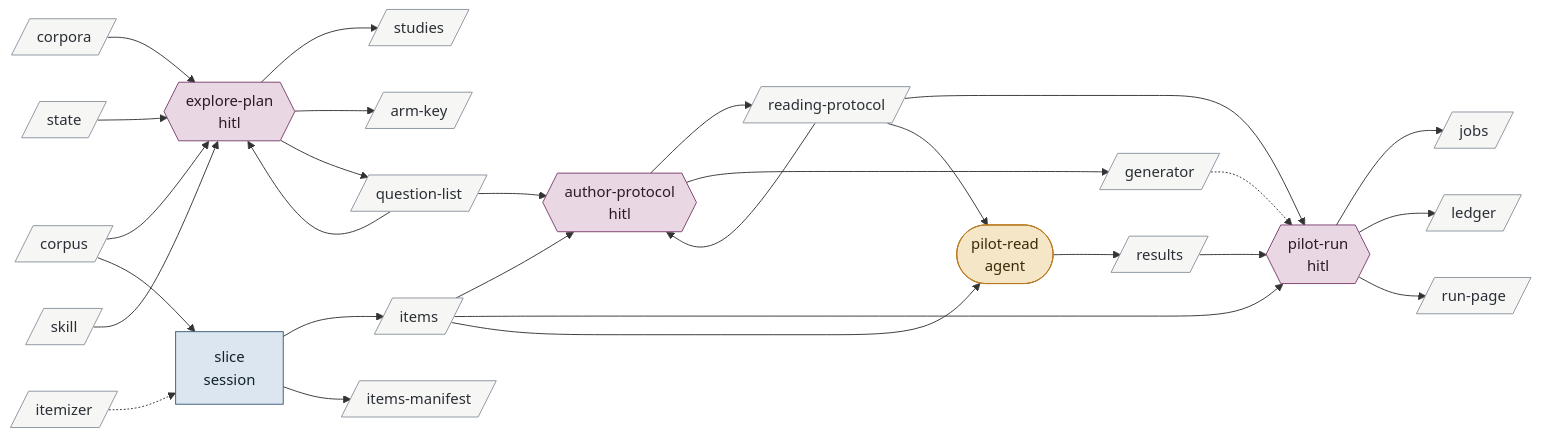
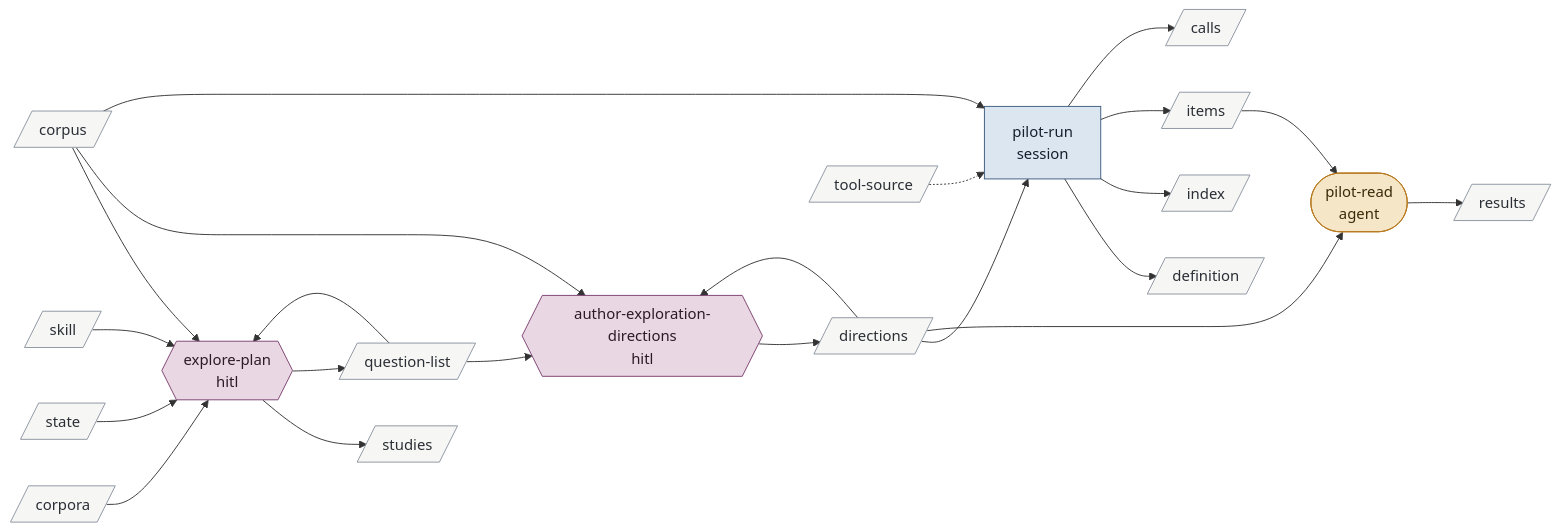
Before and after one commit to bc414/StoryPlanner: diagram 12 of 15 in .claude/skills/v3-buildout-2/map.md, drawn with Mermaid. The commit also changed other lines of this file and 29 other files, not shown here.

````diff
--- a/.claude/skills/v3-buildout-2/map.md
+++ b/.claude/skills/v3-buildout-2/map.md
@@ -520,58 +487,48 @@
 ```mermaid
 flowchart LR
   classDef hitl fill:#e9d8e4,stroke:#7a3e6d,color:#2b1a27
   classDef session fill:#dce6f0,stroke:#3b5b7c,color:#14202c
   classDef agent fill:#f5e6c8,stroke:#b7791f,color:#3a2a08
   classDef artifact fill:#f6f6f4,stroke:#8a94a0,color:#2a2f36
   classDef activity fill:#dcebdd,stroke:#4b7f52,color:#122816
   classDef terminus fill:#e4e4ea,stroke:#5b5b7a,color:#1c1c2c
   exploreplan{{"explore-plan<br/>hitl"}}:::hitl
-  slice["slice<br/>session"]:::session
-  authorprotocol{{"author-protocol<br/>hitl"}}:::hitl
-  pilotrun{{"pilot-run<br/>hitl"}}:::hitl
+  authorexplorationdirections{{"author-exploration-directions<br/>hitl"}}:::hitl
+  pilotrun["pilot-run<br/>session"]:::session
   pilotread(["pilot-read<br/>agent"]):::agent
-  armkey[/"arm-key"/]:::artifact
+  calls[/"calls"/]:::artifact
   corpora[/"corpora"/]:::artifact
   corpus[/"corpus"/]:::artifact
-  generator[/"generator"/]:::artifact
-  itemizer[/"itemizer"/]:::artifact
+  definition[/"definition"/]:::artifact
+  directions[/"directions"/]:::artifact
+  index[/"index"/]:::artifact
   items[/"items"/]:::artifact
-  itemsmanifest[/"items-manifest"/]:::artifact
-  jobs[/"jobs"/]:::artifact
-  ledger[/"ledger"/]:::artifact
   questionlist[/"question-list"/]:::artifact
-  readingprotocol[/"reading-protocol"/]:::artifact
   results[/"results"/]:::artifact
-  runpage[/"run-page"/]:::artifact
   skill[/"skill"/]:::artifact
   state[/"state"/]:::artifact
   studies[/"studies"/]:::artifact
+  toolsource[/"tool-source"/]:::artifact
 
   questionlist --> exploreplan
   corpora --> exploreplan
   corpus --> exploreplan
   state --> exploreplan
   skill --> exploreplan
   exploreplan --> studies
-  exploreplan --> armkey
   exploreplan --> questionlist
-  corpus --> slice
-  itemizer -.-> slice
-  slice --> items
-  slice --> itemsmanifest
-  questionlist --> authorprotocol
-  items --> authorprotocol
-  readingprotocol --> authorprotocol
-  authorprotocol --> readingprotocol
-  authorprotocol --> generator
-  readingprotocol --> pilotrun
-  items --> pilotrun
-  results --> pilotrun
-  generator -.-> pilotrun
-  pilotrun --> jobs
-  pilotrun --> ledger
-  pilotrun --> runpage
-  readingprotocol --> pilotread
+  questionlist --> authorexplorationdirections
+  corpus --> authorexplorationdirections
+  directions --> authorexplorationdirections
+  authorexplorationdirections --> directions
+  directions --> pilotrun
+  corpus --> pilotrun
+  toolsource -.-> pilotrun
+  pilotrun --> definition
+  pilotrun --> index
+  pilotrun --> items
+  pilotrun --> calls
+  directions --> pilotread
   items --> pilotread
   pilotread --> results
 ```
````
